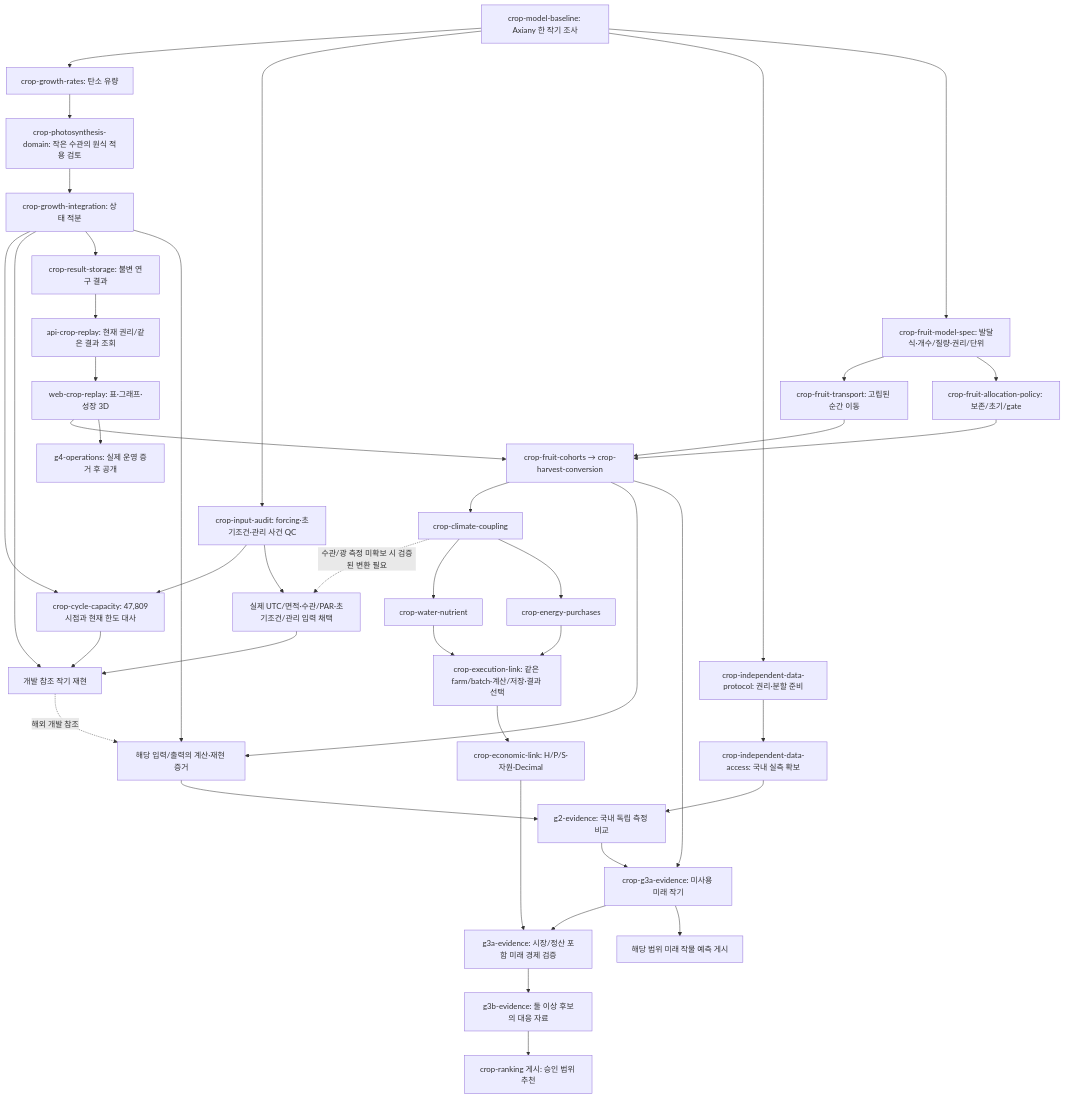
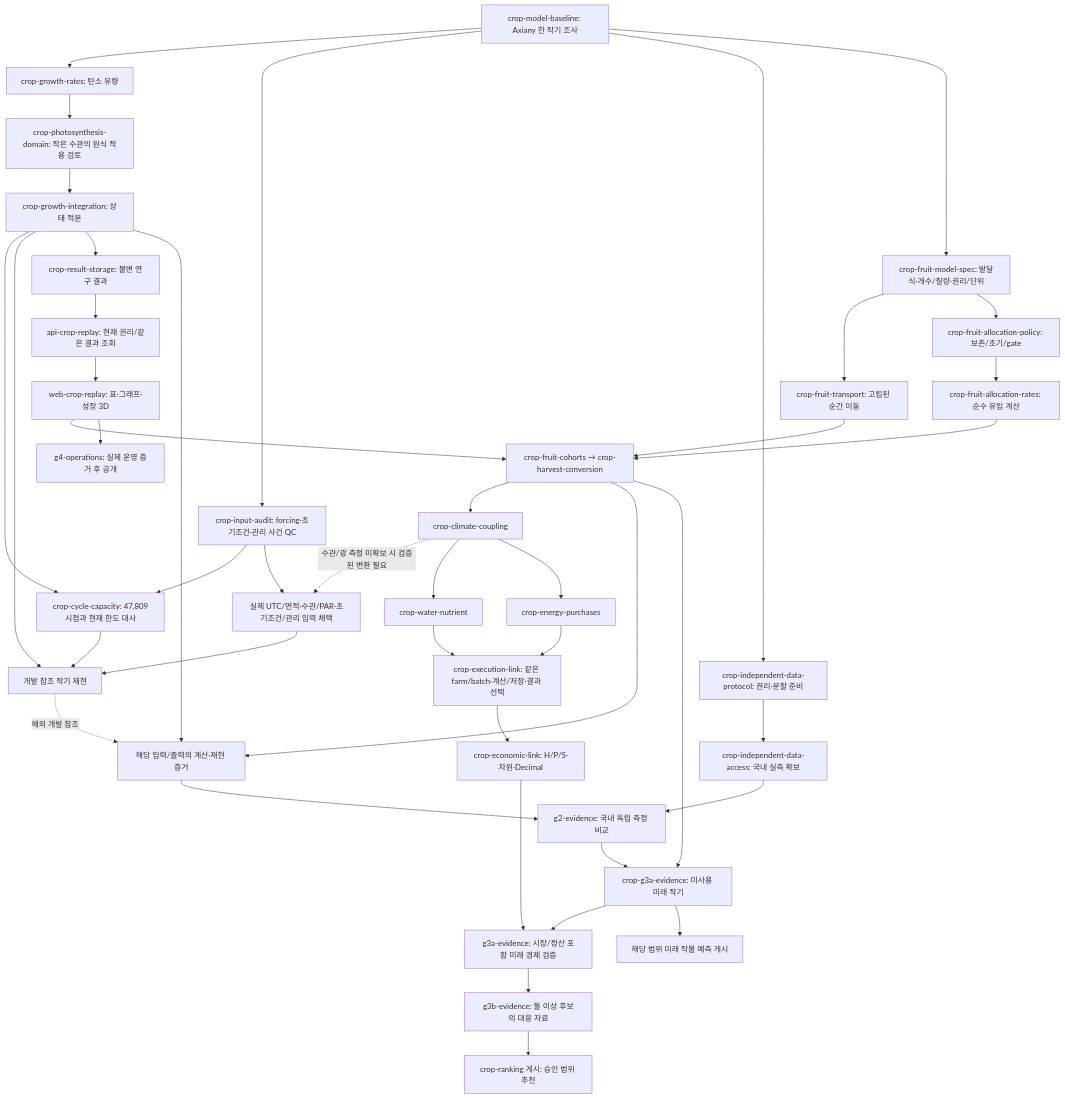
The first of 2 diagrams in tasks/plan.md (KIMSUNGHOON/OpenSmartFarmSim), drawn with Mermaid before and after one commit. The commit also changed other lines of this file and 10 other files, not shown here.

First line of the commit message:
docs(crop): define explicit-entry conservative allocation

````diff
--- a/tasks/plan.md
+++ b/tasks/plan.md
@@ -21,44 +22,45 @@
 ```mermaid
 flowchart TD
   B["crop-model-baseline: Axiany 한 작기 조사"] --> R["crop-growth-rates: 탄소 유량"]
   B --> Q["crop-input-audit: forcing·초기조건·관리 사건 QC"]
   B --> AP["crop-independent-data-protocol: 권리·분할 준비"]
   AP --> A["crop-independent-data-access: 국내 실측 확보"]
   R --> D["crop-photosynthesis-domain: 작은 수관의 원식 적용 검토"]
   D --> I["crop-growth-integration: 상태 적분"]
   Q --> CAP["crop-cycle-capacity: 47,809시점과 현재 한도 대사"]
   I --> CAP
   CAP --> X["개발 참조 작기 재현"]
   Q --> AQ["실제 UTC/면적·수관/PAR·초기조건/관리 입력 채택"]
   AQ --> X
   I --> X
   I --> S["crop-result-storage: 불변 연구 결과"]
   S --> API["api-crop-replay: 현재 권리/같은 결과 조회"]
   API --> V["web-crop-replay: 표·그래프·성장 3D"]
   B --> FM["crop-fruit-model-spec: 발달식·개수/질량·권리/단위"]
   FM --> FT["crop-fruit-transport: 고립된 순간 이동"]
   FM --> FP["crop-fruit-allocation-policy: 보존/초기/gate"]
   FT --> F["crop-fruit-cohorts → crop-harvest-conversion"]
-  FP --> F
+  FP --> FA["crop-fruit-allocation-rates: 순수 유입 계산"]
+  FA --> F
   V --> F
   F --> C["crop-climate-coupling"]
   C -. 수관/광 측정 미확보 시 검증된 변환 필요 .-> AQ
   C --> W["crop-water-nutrient"]
   C --> E["crop-energy-purchases"]
   W --> L["crop-execution-link: 같은 farm/batch·계산/저장·결과 선택"]
   E --> L
   L --> M["crop-economic-link: H/P/S·자원·Decimal"]
   A --> G2["g2-evidence: 국내 독립 측정 비교"]
   I --> CALC["해당 입력/출력의 계산·재현 증거"]
   F --> CALC
   X -. 해외 개발 참조 .-> CALC
   CALC --> G2
   G2 --> G3A["crop-g3a-evidence: 미사용 미래 작기"]
   F --> G3A
   M --> EC["g3a-evidence: 시장/정산 포함 미래 경제 검증"]
   G3A --> EC
   G3A --> P["해당 범위 미래 작물 예측 게시"]
   EC --> PAIR["g3b-evidence: 둘 이상 후보의 대응 자료"]
   PAIR --> REC["crop-ranking 게시: 승인 범위 추천"]
   V --> PUB["g4-operations: 실제 운영 증거 후 공개"]
 ```
````
